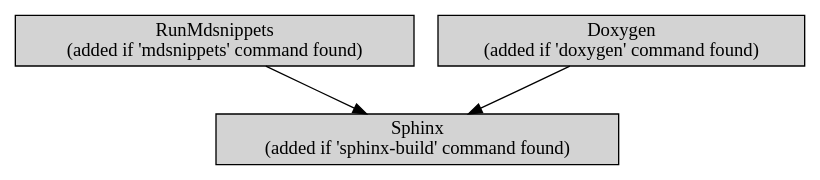
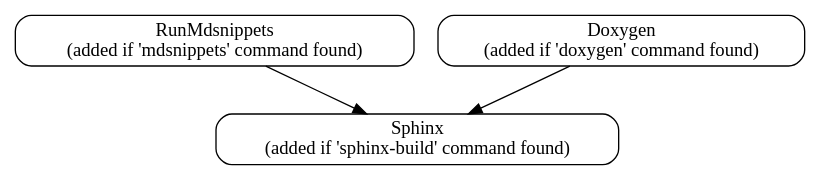
One commit to approvals/ApprovalTests.cpp changed the diagram in doc/images/source/cmake_documentation_targets.dot. Above: the diagram before and after it, drawn with Graphviz. The commit also changed 7 other files, not shown here.

```diff
--- a/doc/images/source/cmake_documentation_targets.dot
+++ b/doc/images/source/cmake_documentation_targets.dot
@@ -1,13 +1,13 @@
 digraph doxygen_flow {
     rankdir = "TB"
     node [fontsize = 14, shape = box, height = 0.25]
     edge [fontsize = 14]
 
-    "mdsnippets" [label = "RunMdsnippets\n(added if 'mdsnippets' command found)", fillcolor = lightgray, style = filled]
-    "doxygen" [label = "Doxygen\n(added if 'doxygen' command found)", fillcolor = lightgray, style = filled]
-    "sphinx" [label = "Sphinx\n(added if 'sphinx-build' command found)", fillcolor = lightgray, style = filled]
+    "mdsnippets" [label = "RunMdsnippets\n(added if 'mdsnippets' command found)", fillcolor = lightgray, style = rounded]
+    "doxygen" [label = "Doxygen\n(added if 'doxygen' command found)", fillcolor = lightgray, style = rounded]
+    "sphinx" [label = "Sphinx\n(added if 'sphinx-build' command found)", fillcolor = lightgray, style = rounded]
 
     "mdsnippets" -> "sphinx"
     "doxygen" -> "sphinx"
 
 }
```
